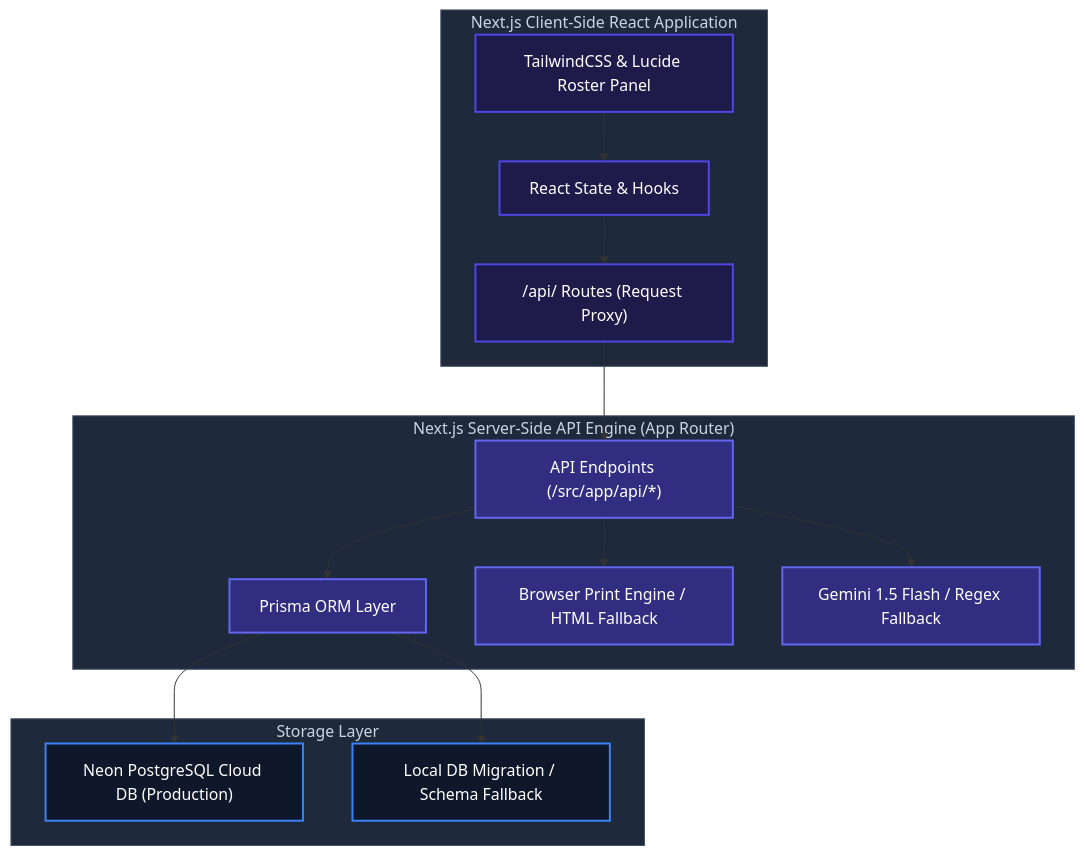
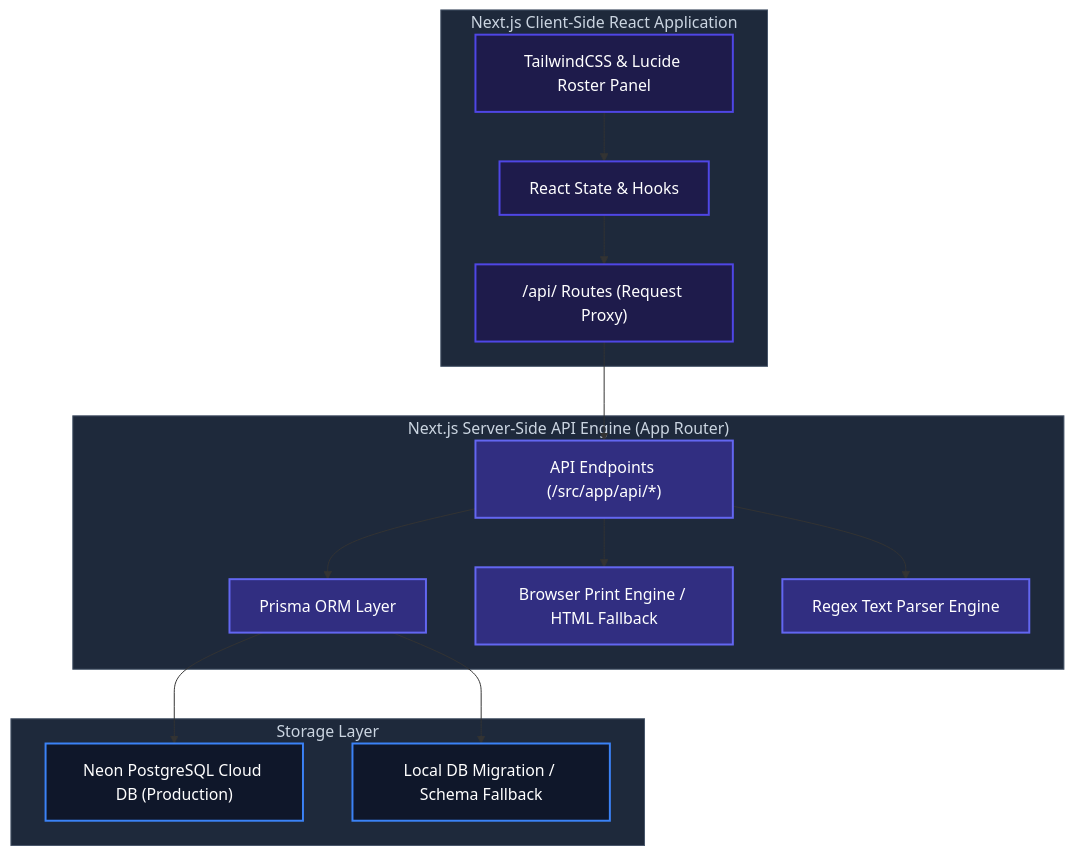
One commit to syedarifulislamemon2010/Late-Sitting-Holiday-Night-Duty changed the diagram in README.md. Above: the diagram before and after it, drawn with Mermaid. The commit also changed other lines of this file and 4 other files, not shown here.

````diff
--- a/README.md
+++ b/README.md
@@ -13,28 +13,28 @@
 ```mermaid
 graph TD
     %% Styling
     classDef client fill:#1e1b4b,stroke:#4f46e5,stroke-width:2px,color:#fff;
     classDef server fill:#312e81,stroke:#6366f1,stroke-width:2px,color:#fff;
     classDef storage fill:#0f172a,stroke:#3b82f6,stroke-width:2px,color:#fff;
     classDef box fill:#1e293b,stroke:#475569,stroke-width:1px,color:#cbd5e1;
 
     subgraph Client["Next.js Client-Side React Application"]
         UI["TailwindCSS & Lucide Roster Panel"]:::client --> State["React State & Hooks"]:::client
         State --> Proxy["/api/ Routes (Request Proxy)"]:::client
     end
 
     subgraph Server["Next.js Server-Side API Engine (App Router)"]
         Proxy --> Endpoints["API Endpoints (/src/app/api/*)"]:::server
         Endpoints --> Prisma["Prisma ORM Layer"]:::server
         Endpoints --> PDF["Browser Print Engine / HTML Fallback"]:::server
-        Endpoints --> AI["Gemini 1.5 Flash / Regex Fallback"]:::server
+        Endpoints --> Regex["Regex Text Parser Engine"]:::server
     end
 
     subgraph Storage["Storage Layer"]
         Prisma --> PostgreSQL["Neon PostgreSQL Cloud DB (Production)"]:::storage
         Prisma --> LocalDB["Local DB Migration / Schema Fallback"]:::storage
     end
 
     %% Class assignments
     class Client,Server,Storage box;
 ```
````
